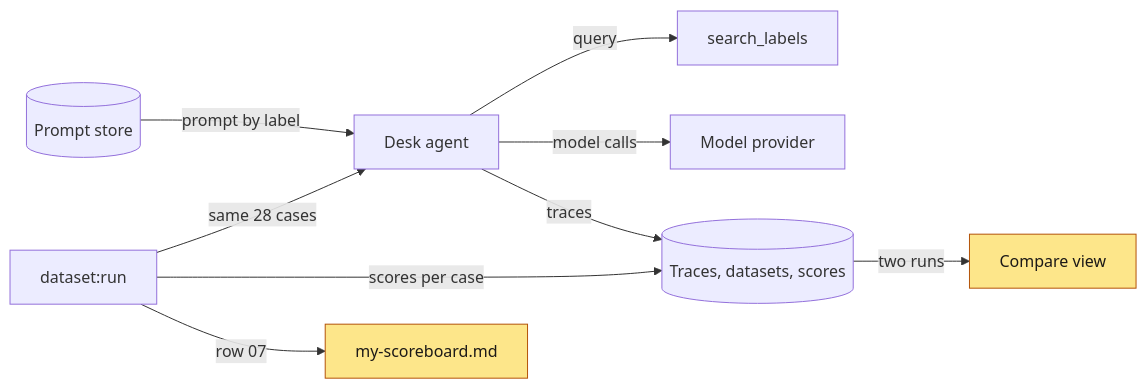
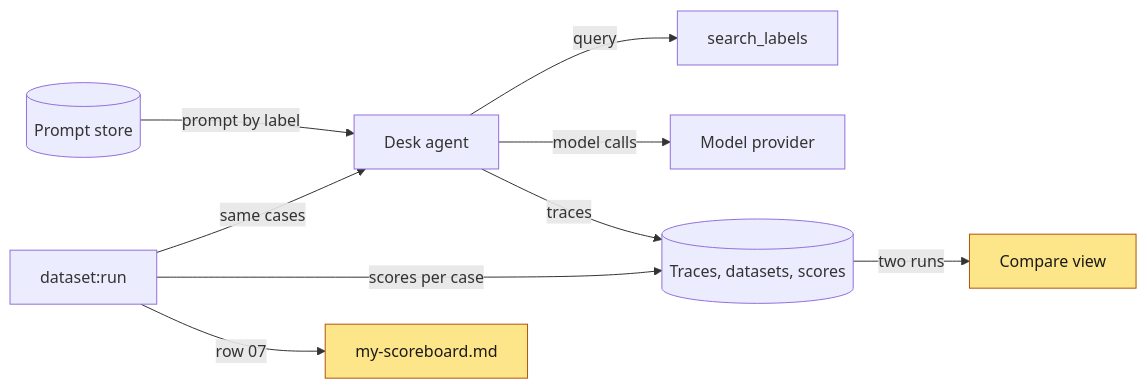
The second of 2 diagrams in docs/learner/07-evaluation.md (learnwithparam/agentic-ai-buildcamp), drawn with Mermaid before and after one commit. The commit also changed other lines of this file and 45 other files, not shown here.

````diff
--- a/docs/learner/07-evaluation.md
+++ b/docs/learner/07-evaluation.md
@@ -72,21 +72,21 @@
 ```mermaid
 flowchart LR
     runner["dataset:run"]
     prompts[("Prompt store")]
     agent["Desk agent"]
     search["search_labels"]
     models["Model provider"]
     lf[("Traces, datasets, scores")]
     board["my-scoreboard.md"]
     compare["Compare view"]
-    runner -->|"same 28 cases"| agent
+    runner -->|"same cases"| agent
     prompts -->|"prompt by label"| agent
     agent -->|"query"| search
     agent -->|"model calls"| models
     agent -->|"traces"| lf
     runner -->|"scores per case"| lf
     runner -->|"row 07"| board
     lf -->|"two runs"| compare
     classDef new fill:#fde68a,stroke:#b45309,color:#1c1917
     class compare,board new
 ```
````
